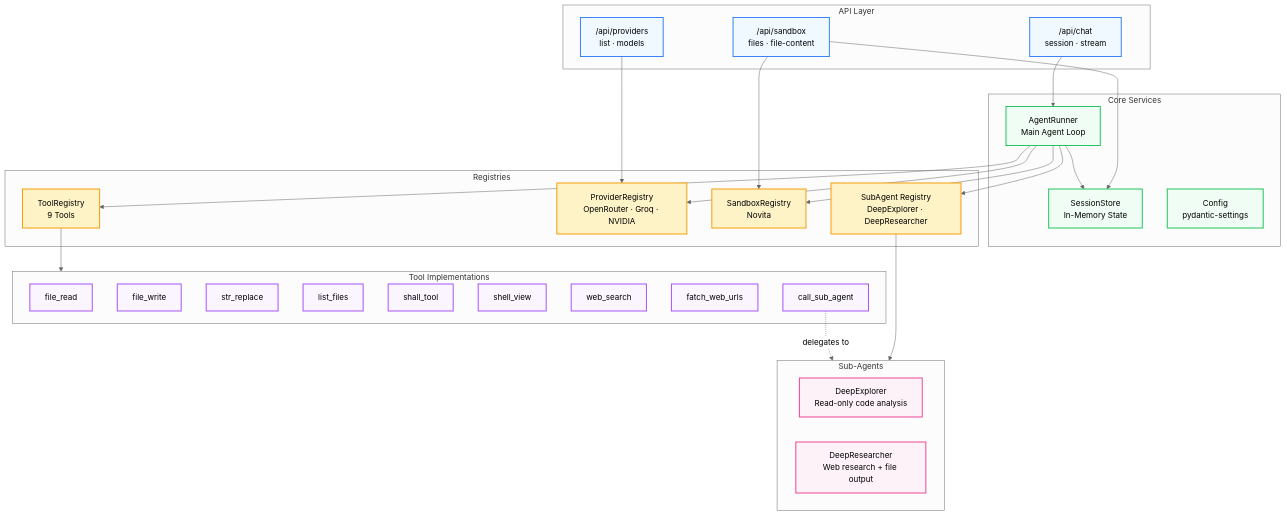
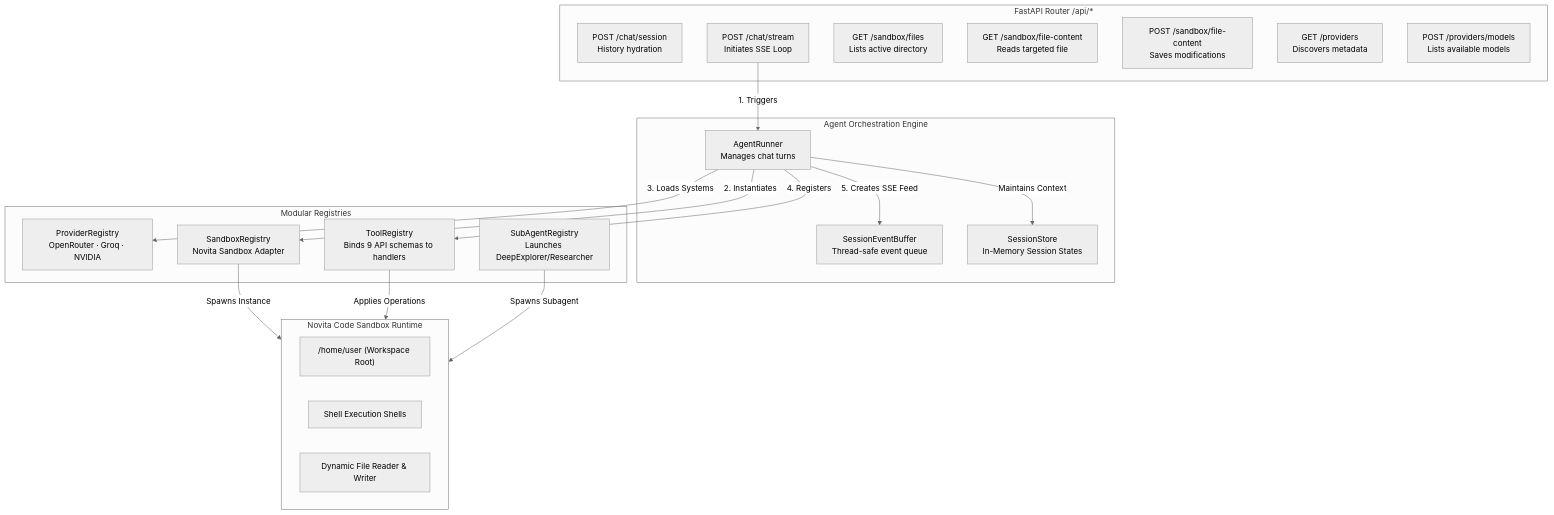
Before and after one commit to opencurro-ai/OpenCurro: the first of 2 diagrams in backend/README.md, drawn with Mermaid (neutral theme). The commit also changed other lines of this file and 2 other files, not shown here.

Commit message:
docs: create comprehensive, production-quality README files for root, backend, and frontend

````diff
--- a/backend/README.md
+++ b/backend/README.md
@@ -30,64 +33,41 @@
 ```mermaid
 graph TB
-    subgraph API["API Layer"]
-        CHAT["/api/chat<br/>session · stream"]
-        PROV["/api/providers<br/>list · models"]
-        SANDBOX["/api/sandbox<br/>files · file-content"]
+    subgraph FastAPIEndpoints["FastAPI Router /api/*"]
+        CHAT_SESS["POST /chat/session<br/>History hydration"]
+        CHAT_STRM["POST /chat/stream<br/>Initiates SSE Loop"]
+        SAND_TREE["GET /sandbox/files<br/>Lists active directory"]
+        SAND_READ["GET /sandbox/file-content<br/>Reads targeted file"]
+        SAND_WRITE["POST /sandbox/file-content<br/>Saves modifications"]
+        PROV_LIST["GET /providers<br/>Discovers metadata"]
+        PROV_MODS["POST /providers/models<br/>Lists available models"]
     end
 
-    subgraph CORE["Core Services"]
-        AGENT["AgentRunner<br/>Main Agent Loop"]
-        SESSION["SessionStore<br/>In-Memory State"]
-        CONFIG["Config<br/>pydantic-settings"]
+    subgraph CoreEngine["Agent Orchestration Engine"]
+        AR["AgentRunner<br/>Manages chat turns"]
+        SEB["SessionEventBuffer<br/>Thread-safe event queue"]
+        SS["SessionStore<br/>In-Memory Session States"]
     end
 
-    subgraph REG["Registries"]
-        TREG["ToolRegistry<br/>9 Tools"]
-        PREG["ProviderRegistry<br/>OpenRouter · Groq · NVIDIA"]
-        SREG["SandboxRegistry<br/>Novita"]
-        SUBREG["SubAgent Registry<br/>DeepExplorer · DeepResearcher"]
+    subgraph AdaptersAndRegistries["Modular Registries"]
+        PR["ProviderRegistry<br/>OpenRouter · Groq · NVIDIA"]
+        SR["SandboxRegistry<br/>Novita Sandbox Adapter"]
+        TR["ToolRegistry<br/>Binds 9 API schemas to handlers"]
+        SAR["SubAgentRegistry<br/>Launches DeepExplorer/Researcher"]
     end
 
-    subgraph TOOLS["Tool Implementations"]
-        FR["file_read"]
-        FW["file_write"]
-        SR["str_replace"]
-        LF["list_files"]
-        SH["shall_tool"]
-        SV["shell_view"]
-        WS["web_search"]
-        FU["fatch_web_urls"]
-        CSA["call_sub_agent"]
+    subgraph ActiveSandbox["Novita Code Sandbox Runtime"]
+        DIR_ROOT["/home/user (Workspace Root)"]
+        CMD_PROC["Shell Execution Shells"]
+        FILE_SYS["Dynamic File Reader & Writer"]
     end
 
-    subgraph SUB["Sub-Agents"]
-        DE["DeepExplorer<br/>Read-only code analysis"]
-        DR["DeepResearcher<br/>Web research + file output"]
-    end
-
-    CHAT --> AGENT
-    PROV --> PREG
-    SANDBOX --> SREG
-    SANDBOX --> SESSION
-
-    AGENT --> TREG
-    AGENT --> PREG
-    AGENT --> SREG
-    AGENT --> SESSION
-    AGENT --> SUBREG
-
-    TREG --> TOOLS
-    SUBREG --> SUB
-    CSA -.->|"delegates to"| SUB
-
-    classDef api fill:#f0f9ff,stroke:#3b82f6,stroke-width:2px
-    classDef core fill:#f0fdf4,stroke:#22c55e,stroke-width:2px
-    classDef reg fill:#fef3c7,stroke:#f59e0b,stroke-width:2px
-    classDef tools fill:#faf5ff,stroke:#a855f7,stroke-width:2px
-    classDef sub fill:#fdf2f8,stroke:#ec4899,stroke-width:2px
-    class CHAT,PROV,SANDBOX api
-    class AGENT,SESSION,CONFIG core
-    class TREG,PREG,SREG,SUBREG reg
-    class FR,FW,SR,LF,SH,SV,WS,FU,CSA tools
-    class DE,DR sub
+    CHAT_STRM -->|1. Triggers| AR
+    AR -->|2. Instantiates| SR
+    AR -->|3. Loads Systems| PR
+    AR -->|4. Registers| TR
+    AR -->|5. Creates SSE Feed| SEB
+    SR -->|Spawns Instance| ActiveSandbox
+    TR -->|Applies Operations| ActiveSandbox
+    SAR -->|Spawns Subagent| ActiveSandbox
+    AR -->|Maintains Context| SS
 ```
````
